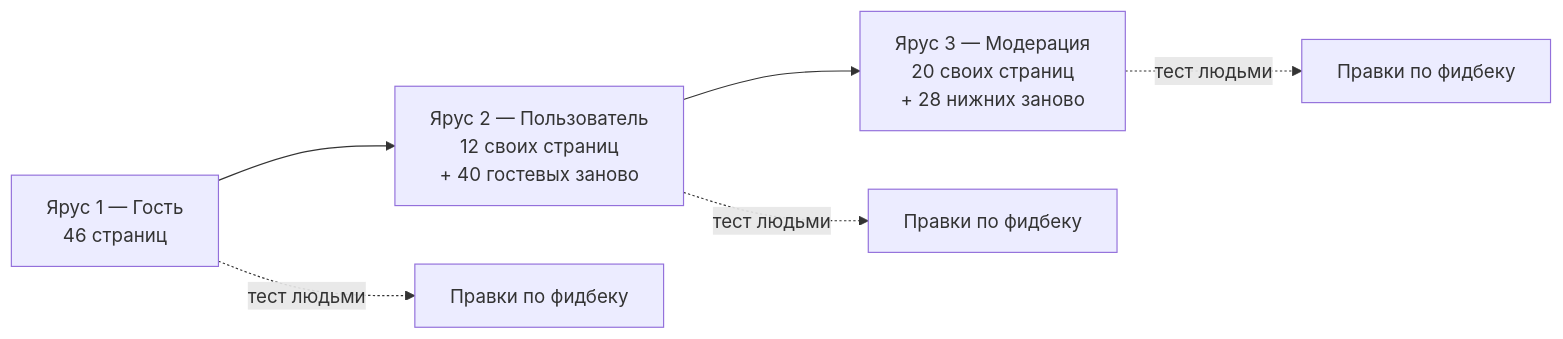
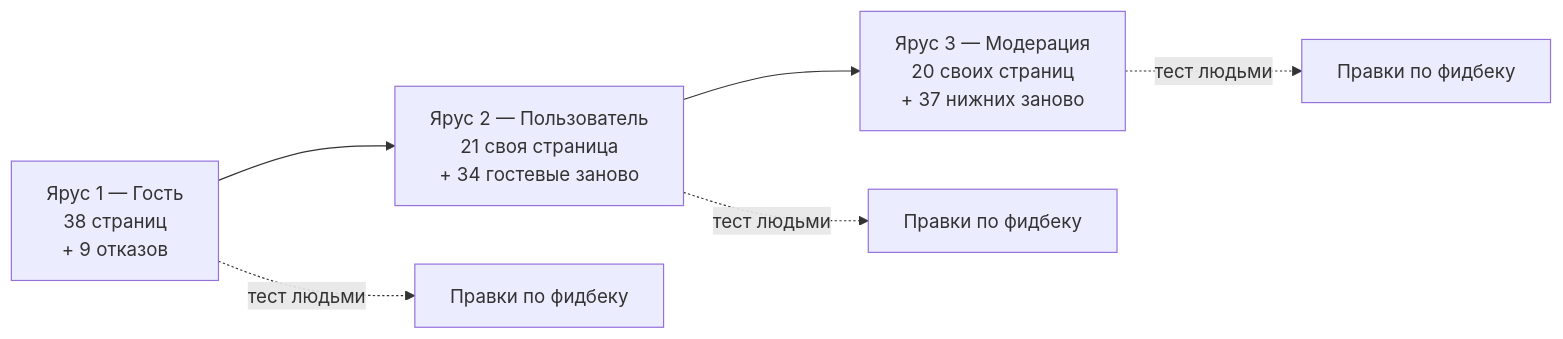
The second of 2 diagrams in docs/PROGRESS.md (dm-am/dm3), drawn with Mermaid before and after one commit. The commit also changed other lines of this file and 357 other files, not shown here.

````diff
--- a/docs/PROGRESS.md
+++ b/docs/PROGRESS.md
@@ -40,8 +40,8 @@
 ```mermaid
 flowchart LR
-    G["Ярус 1 — Гость<br/>46 страниц"] --> U["Ярус 2 — Пользователь<br/>12 своих страниц<br/>+ 40 гостевых заново"]
-    U --> M["Ярус 3 — Модерация<br/>20 своих страниц<br/>+ 28 нижних заново"]
+    G["Ярус 1 — Гость<br/>38 страниц<br/>+ 9 отказов"] --> U["Ярус 2 — Пользователь<br/>21 своя страница<br/>+ 34 гостевые заново"]
+    U --> M["Ярус 3 — Модерация<br/>20 своих страниц<br/>+ 37 нижних заново"]
     G -.->|тест людьми| G2["Правки по фидбеку"]
     U -.->|тест людьми| U2["Правки по фидбеку"]
     M -.->|тест людьми| M2["Правки по фидбеку"]
 ```
````
